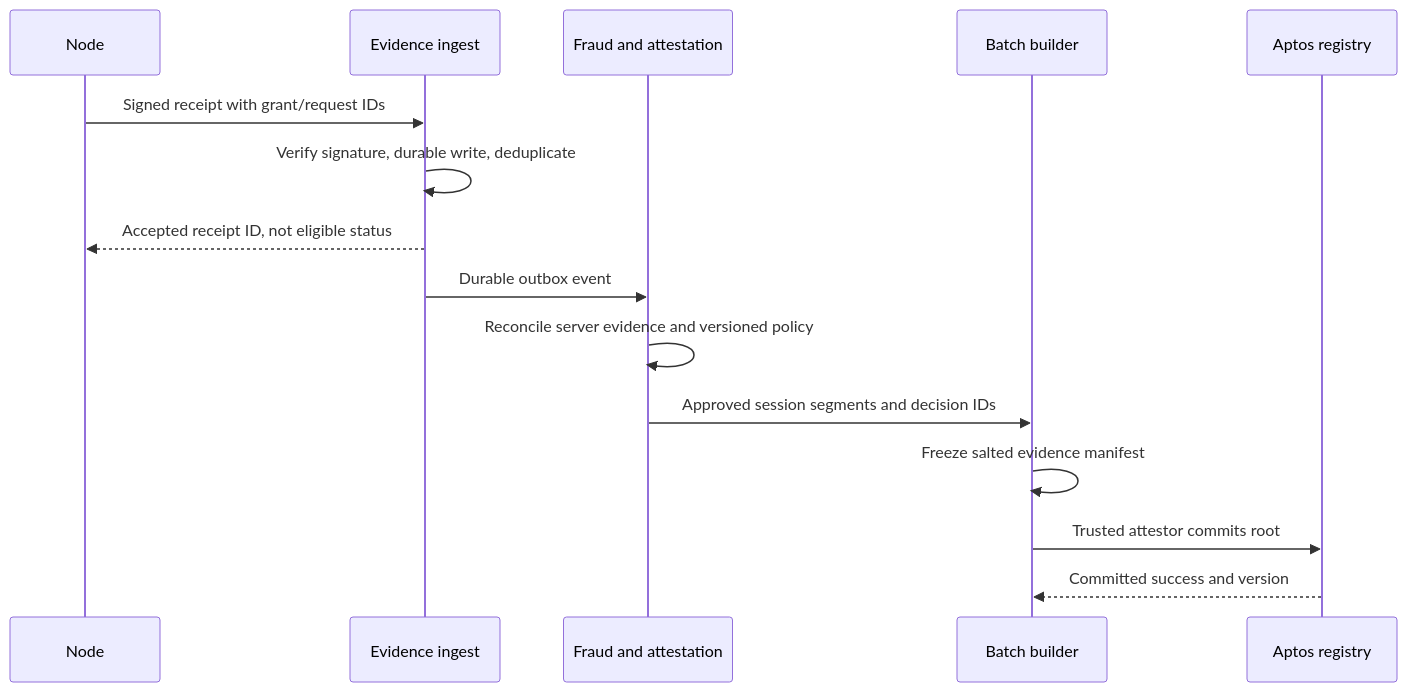
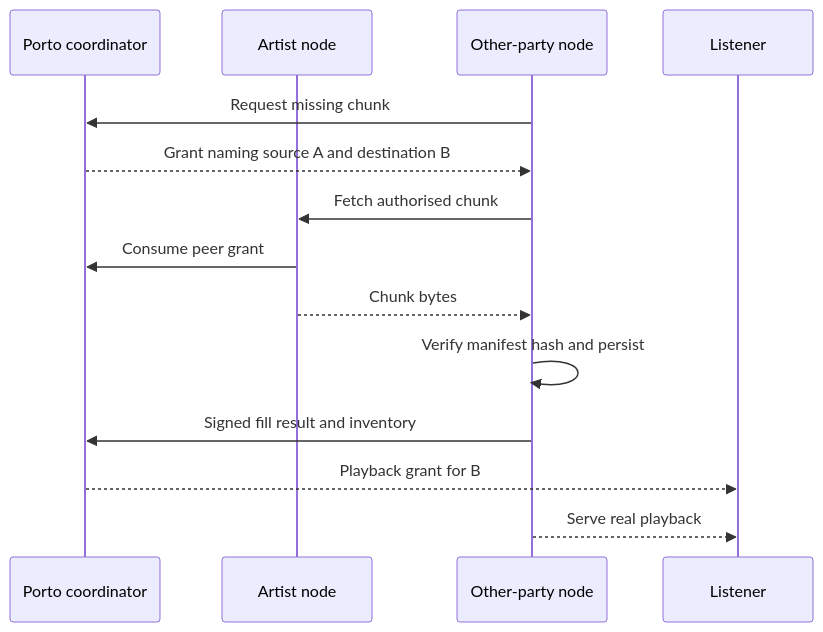
The second of 2 diagrams in london-0.1.0/06-streaming-delivery-and-attestation.md (porto-labs-xyz/docs), drawn with Mermaid before and after one commit. The commit also changed other lines of this file and 37 other files, not shown here.

````diff
--- a/london-0.1.0/06-streaming-delivery-and-attestation.md
+++ b/london-0.1.0/06-streaming-delivery-and-attestation.md
@@ -54,17 +48,16 @@
 ```mermaid
 sequenceDiagram
-  participant N as Node
-  participant E as Evidence ingest
-  participant F as Fraud and attestation
-  participant B as Batch builder
-  participant C as Aptos registry
-  N->>E: Signed receipt with grant/request IDs
-  E->>E: Verify signature, durable write, deduplicate
-  E-->>N: Accepted receipt ID, not eligible status
-  E->>F: Durable outbox event
-  F->>F: Reconcile server evidence and versioned policy
-  F->>B: Approved session segments and decision IDs
-  B->>B: Freeze salted evidence manifest
-  B->>C: Trusted attestor commits root
-  C-->>B: Committed success and version
+  participant P as Porto coordinator
+  participant A as Artist node
+  participant B as Other-party node
+  participant L as Listener
+  B->>P: Request missing chunk
+  P-->>B: Grant naming source A and destination B
+  B->>A: Fetch authorised chunk
+  A->>P: Consume peer grant
+  A-->>B: Chunk bytes
+  B->>B: Verify manifest hash and persist
+  B->>P: Signed fill result and inventory
+  P-->>L: Playback grant for B
+  B-->>L: Serve real playback
 ```
````
